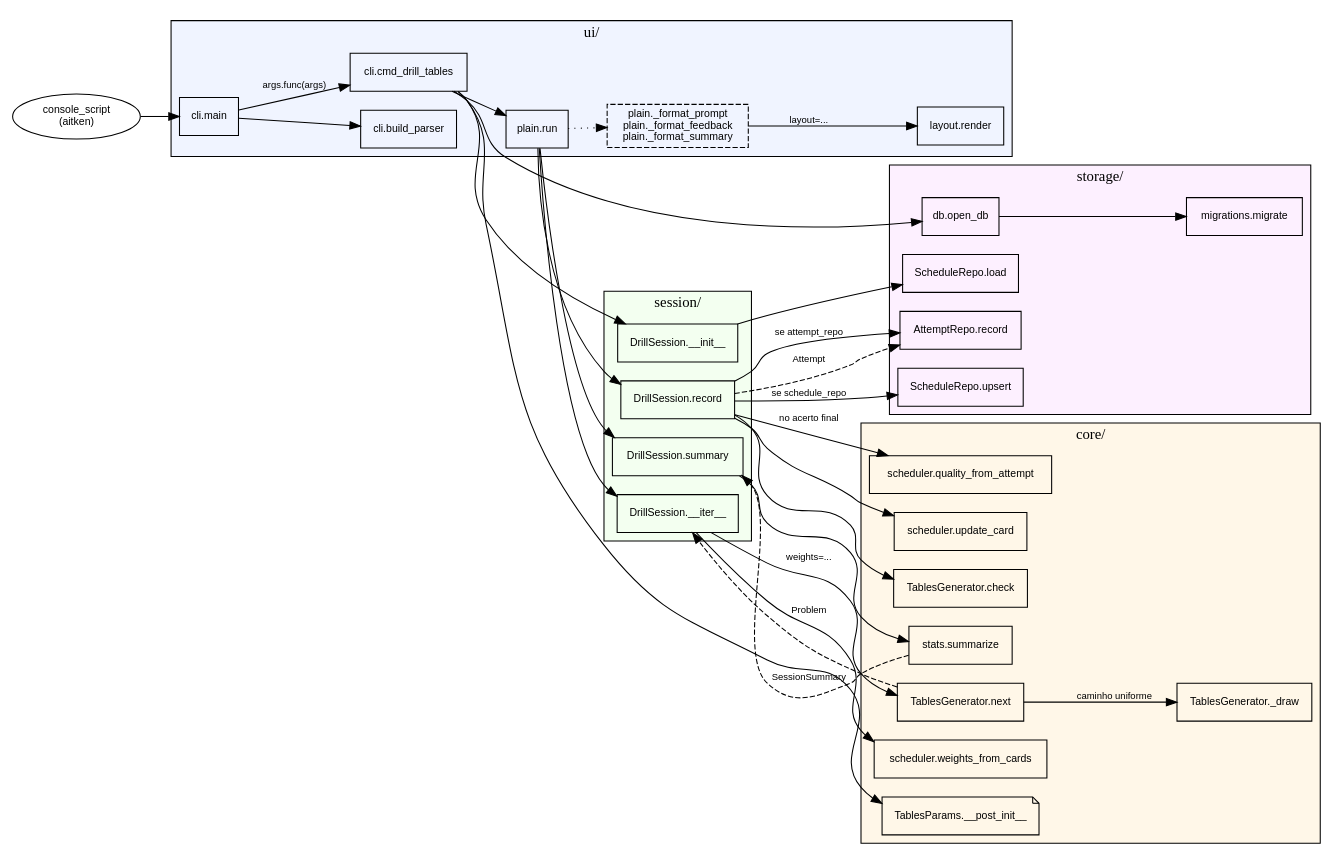
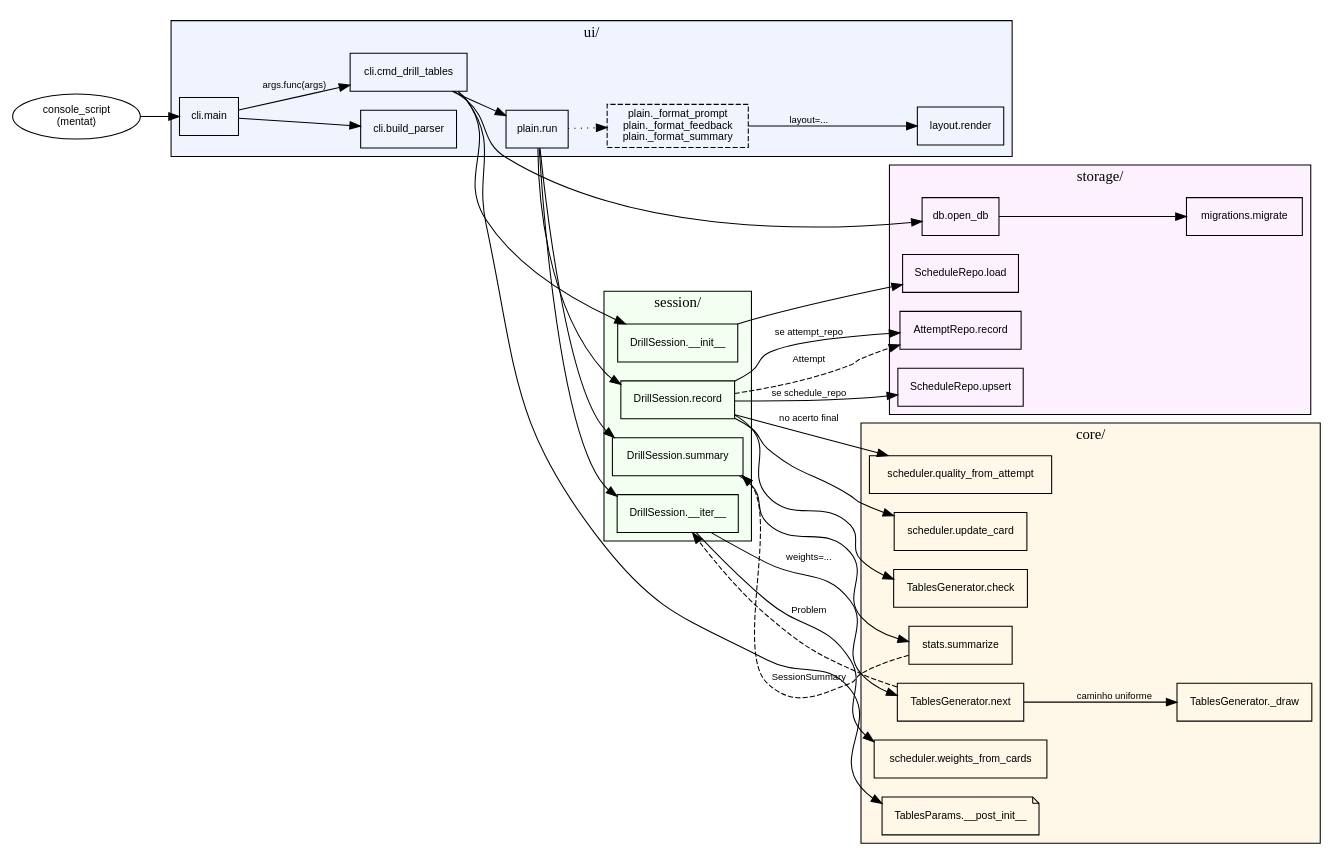
The diagram in README.md (pedro-volpi/aitken), drawn with Graphviz before and after one commit. The commit also changed other lines of this file and 30 other files, not shown here.

First line of the commit message:
refactor: renomeia o projeto de aitken para mentat

````diff
--- a/README.md
+++ b/README.md
@@ -182,79 +182,79 @@
 ```dot
-digraph aitken_call_chain {
+digraph mentat_call_chain {
   rankdir=LR;
   node [shape=box, fontname="Helvetica", fontsize=10];
   edge [fontname="Helvetica", fontsize=9];
 
-  entry [label="console_script\n(aitken)", shape=oval];
+  entry [label="console_script\n(mentat)", shape=oval];
 
   subgraph cluster_ui {
     label="ui/"; style=filled; fillcolor="#f0f4ff";
     cli_main        [label="cli.main"];
     cli_build       [label="cli.build_parser"];
     cli_cmd_tables  [label="cli.cmd_drill_tables"];
     plain_run       [label="plain.run"];
     plain_fmt       [label="plain._format_prompt\nplain._format_feedback\nplain._format_summary", style=dashed];
     layout_render   [label="layout.render"];
   }
 
   subgraph cluster_session {
     label="session/"; style=filled; fillcolor="#f3fff0";
     drill_init   [label="DrillSession.__init__"];
     drill_iter   [label="DrillSession.__iter__"];
     drill_record [label="DrillSession.record"];
     drill_sum    [label="DrillSession.summary"];
   }
 
   subgraph cluster_core {
     label="core/"; style=filled; fillcolor="#fff7e8";
     gen_next       [label="TablesGenerator.next"];
     gen_draw       [label="TablesGenerator._draw"];
     gen_check      [label="TablesGenerator.check"];
     stats_sum      [label="stats.summarize"];
     params         [label="TablesParams.__post_init__", shape=note];
     sched_weights  [label="scheduler.weights_from_cards"];
     sched_quality  [label="scheduler.quality_from_attempt"];
     sched_update   [label="scheduler.update_card"];
   }
 
   subgraph cluster_storage {
     label="storage/"; style=filled; fillcolor="#fdf0ff";
     open_db       [label="db.open_db"];
     migrate       [label="migrations.migrate"];
     attempt_rec   [label="AttemptRepo.record"];
     sched_load    [label="ScheduleRepo.load"];
     sched_upsert  [label="ScheduleRepo.upsert"];
   }
 
   entry          -> cli_main;
   cli_main       -> cli_build;
   cli_main       -> cli_cmd_tables  [label="args.func(args)"];
   cli_cmd_tables -> params;
   cli_cmd_tables -> open_db;
   open_db        -> migrate;
   cli_cmd_tables -> drill_init;
   drill_init     -> sched_load;
   cli_cmd_tables -> plain_run;
 
   plain_run      -> drill_iter;
   drill_iter     -> sched_weights;
   drill_iter     -> gen_next        [label="weights=..."];
   gen_next       -> gen_draw        [label="caminho uniforme"];
 
   plain_run      -> drill_record;
   drill_record   -> gen_check;
   drill_record   -> attempt_rec     [label="se attempt_repo"];
   drill_record   -> sched_quality   [label="no acerto final"];
   drill_record   -> sched_update;
   drill_record   -> sched_upsert    [label="se schedule_repo"];
 
   plain_run      -> drill_sum;
   drill_sum      -> stats_sum;
   plain_run      -> plain_fmt       [style=dotted];
   plain_fmt      -> layout_render   [label="layout=..."];
 
   gen_next       -> drill_iter      [label="Problem",        style=dashed, constraint=false];
   drill_record   -> attempt_rec     [label="Attempt",        style=dashed, constraint=false];
   stats_sum      -> drill_sum       [label="SessionSummary", style=dashed, constraint=false];
 }
 ```
````
